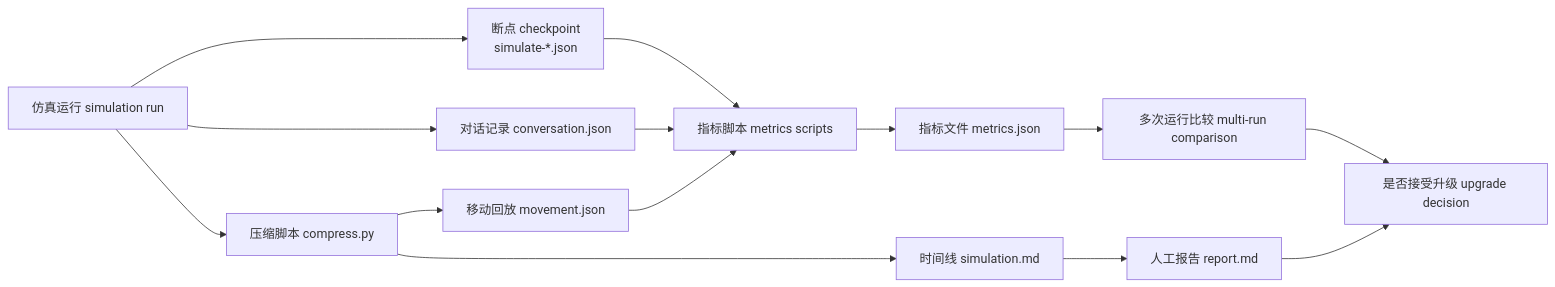
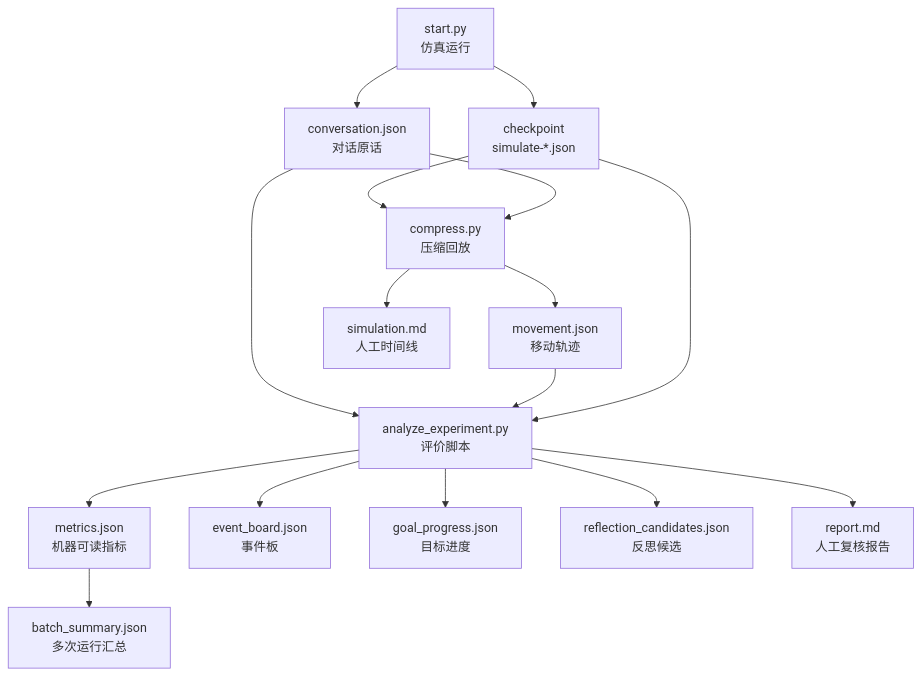
The first of 5 diagrams in docs/book/manuscript/part_05/chapter_37.md (tbkken/GenerativeAgentsCN), drawn with Mermaid before and after one commit. The commit also changed other lines of this file and 3 other files, not shown here.

````diff
--- a/docs/book/manuscript/part_05/chapter_37.md
+++ b/docs/book/manuscript/part_05/chapter_37.md
@@ -13,16 +38,18 @@
 ```mermaid
-flowchart LR
-    Run["仿真运行 simulation run"] --> Checkpoint["断点 checkpoint<br/>simulate-*.json"]
-    Run --> Conversation["对话记录 conversation.json"]
-    Run --> Compress["压缩脚本 compress.py"]
-    Compress --> Movement["移动回放 movement.json"]
-    Compress --> Timeline["时间线 simulation.md"]
-    Checkpoint --> Metrics["指标脚本 metrics scripts"]
-    Conversation --> Metrics
-    Movement --> Metrics
-    Timeline --> Report["人工报告 report.md"]
-    Metrics --> Json["指标文件 metrics.json"]
-    Json --> Compare["多次运行比较 multi-run comparison"]
-    Report --> Decision["是否接受升级 upgrade decision"]
-    Compare --> Decision
+flowchart TD
+    Start["start.py<br/>仿真运行"] --> CK["checkpoint<br/>simulate-*.json"]
+    Start --> Conv["conversation.json<br/>对话原话"]
+    CK --> Compress["compress.py<br/>压缩回放"]
+    Conv --> Compress
+    Compress --> Move["movement.json<br/>移动轨迹"]
+    Compress --> Sim["simulation.md<br/>人工时间线"]
+    Conv --> Analyze["analyze_experiment.py<br/>评价脚本"]
+    Move --> Analyze
+    CK --> Analyze
+    Analyze --> Metrics["metrics.json<br/>机器可读指标"]
+    Analyze --> Board["event_board.json<br/>事件板"]
+    Analyze --> Goal["goal_progress.json<br/>目标进度"]
+    Analyze --> Reflect["reflection_candidates.json<br/>反思候选"]
+    Analyze --> Report["report.md<br/>人工复核报告"]
+    Metrics --> Batch["batch_summary.json<br/>多次运行汇总"]
 ```
````
